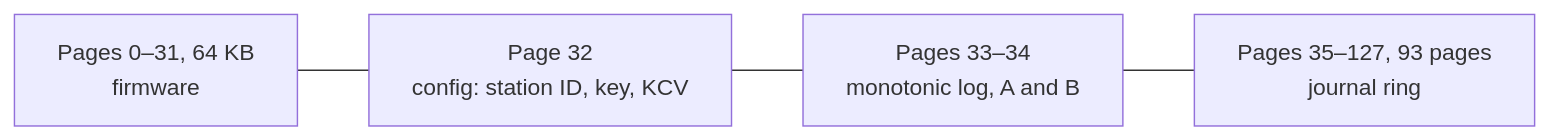
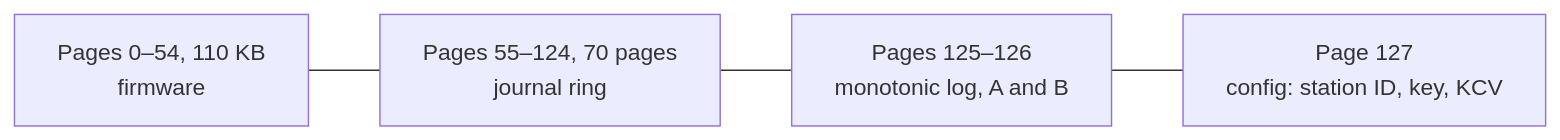
Before and after one commit to clintecker/weather-station-2026: the seventh of 8 diagrams in firmware/stage0-node/README.md, drawn with Mermaid. The commit also changed other lines of this file and 16 other files, not shown here.

First line of the commit message:
Docs: the new flash map (firmware 110 KB, journal 55-124, state at the top)

````diff
--- a/firmware/stage0-node/README.md
+++ b/firmware/stage0-node/README.md
@@ -342,6 +342,6 @@
 ```mermaid
 flowchart LR
-  FW["Pages 0–31, 64 KB<br/>firmware"] --- CFG["Page 32<br/>config: station ID, key, KCV"]
-  CFG --- META["Pages 33–34<br/>monotonic log, A and B"]
-  META --- J["Pages 35–127, 93 pages<br/>journal ring"]
+  FW["Pages 0–54, 110 KB<br/>firmware"] --- J["Pages 55–124, 70 pages<br/>journal ring"]
+  J --- META["Pages 125–126<br/>monotonic log, A and B"]
+  META --- CFG["Page 127<br/>config: station ID, key, KCV"]
 ```
````
